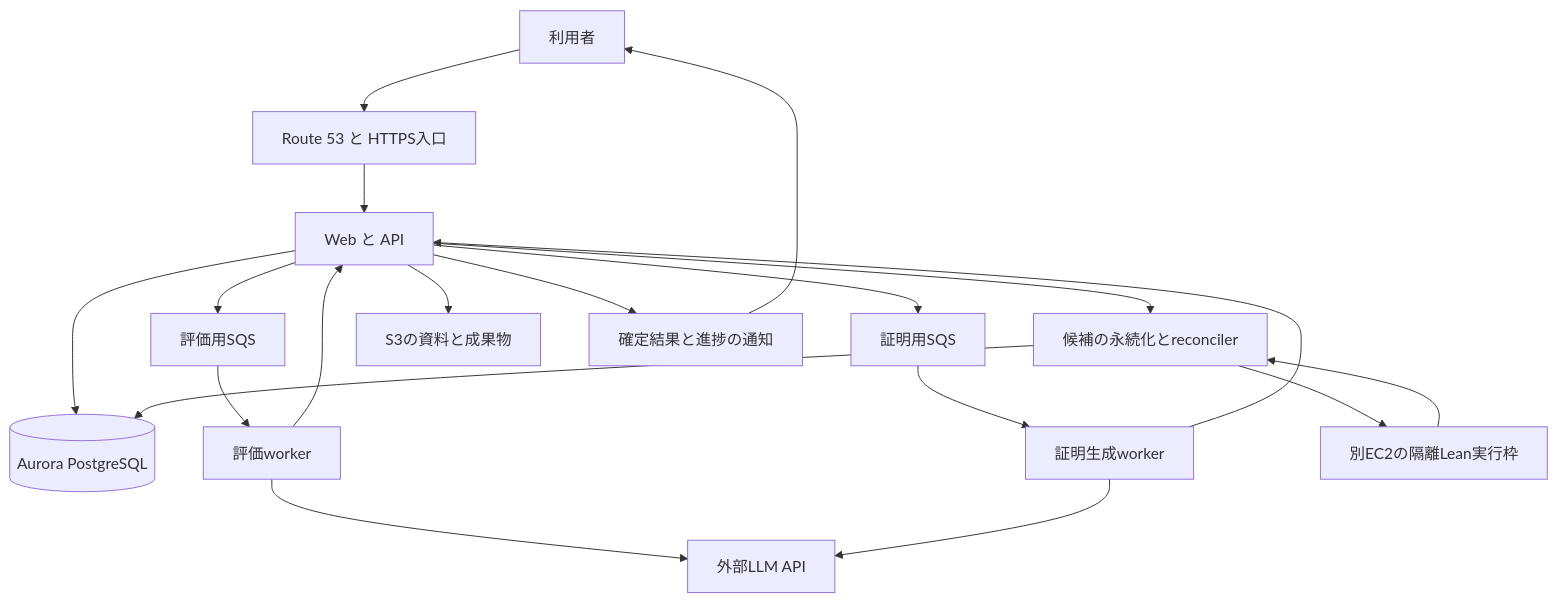
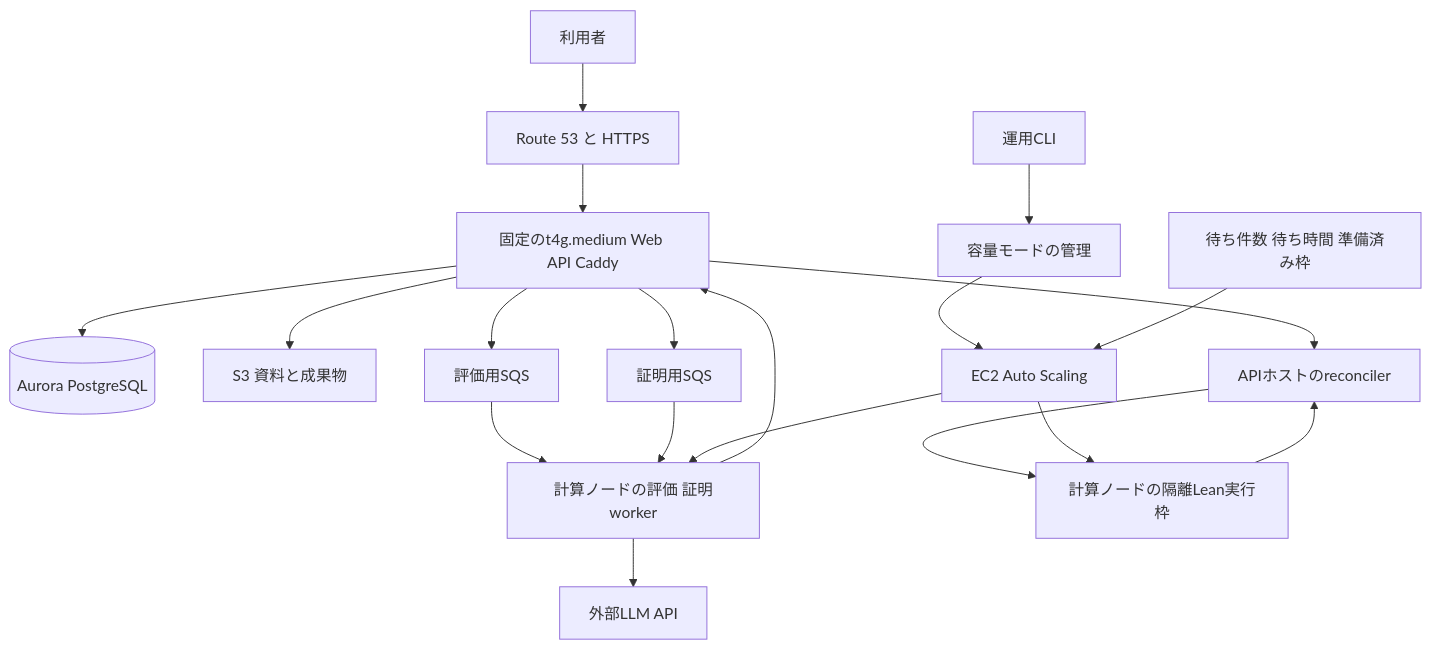
One commit to AtsushiHosaka/pals changed the diagram in docs/aws-low-latency-architecture-2026-10-30.md. Above: the diagram before and after it, drawn with Mermaid. The commit also changed other lines of this file, not shown here.

````diff
--- a/docs/aws-low-latency-architecture-2026-10-30.md
+++ b/docs/aws-low-latency-architecture-2026-10-30.md
@@ -49,21 +25,21 @@
 ```mermaid
 flowchart TD
-  U[利用者] --> E[Route 53 と HTTPS入口]
-  E --> A[Web と API]
-  A --> D[(Aurora PostgreSQL)]
-  A --> Q1[評価用SQS]
-  A --> Q2[証明用SQS]
-  Q1 --> W1[評価worker]
-  Q2 --> W2[証明生成worker]
-  W1 --> L[外部LLM API]
-  W2 --> L
-  W1 --> A
-  W2 --> A
-  A --> R[候補の永続化とreconciler]
-  R --> V[別EC2の隔離Lean実行枠]
+  U[利用者] --> E[Route 53 と HTTPS]
+  E --> C[固定のt4g.medium Web API Caddy]
+  C --> DB[(Aurora PostgreSQL)]
+  C --> S3[S3 資料と成果物]
+  C --> QA[評価用SQS]
+  C --> QP[証明用SQS]
+  QA --> W[計算ノードの評価 証明worker]
+  QP --> W
+  W --> L[外部LLM API]
+  W --> C
+  C --> R[APIホストのreconciler]
+  R --> V[計算ノードの隔離Lean実行枠]
   V --> R
-  R --> D
-  A --> S[S3の資料と成果物]
-  A --> N[確定結果と進捗の通知]
-  N --> U
+  O[運用CLI] --> M[容量モードの管理]
+  M --> A[EC2 Auto Scaling]
+  A --> W
+  A --> V
+  CW[待ち件数 待ち時間 準備済み枠] --> A
 ```
````
